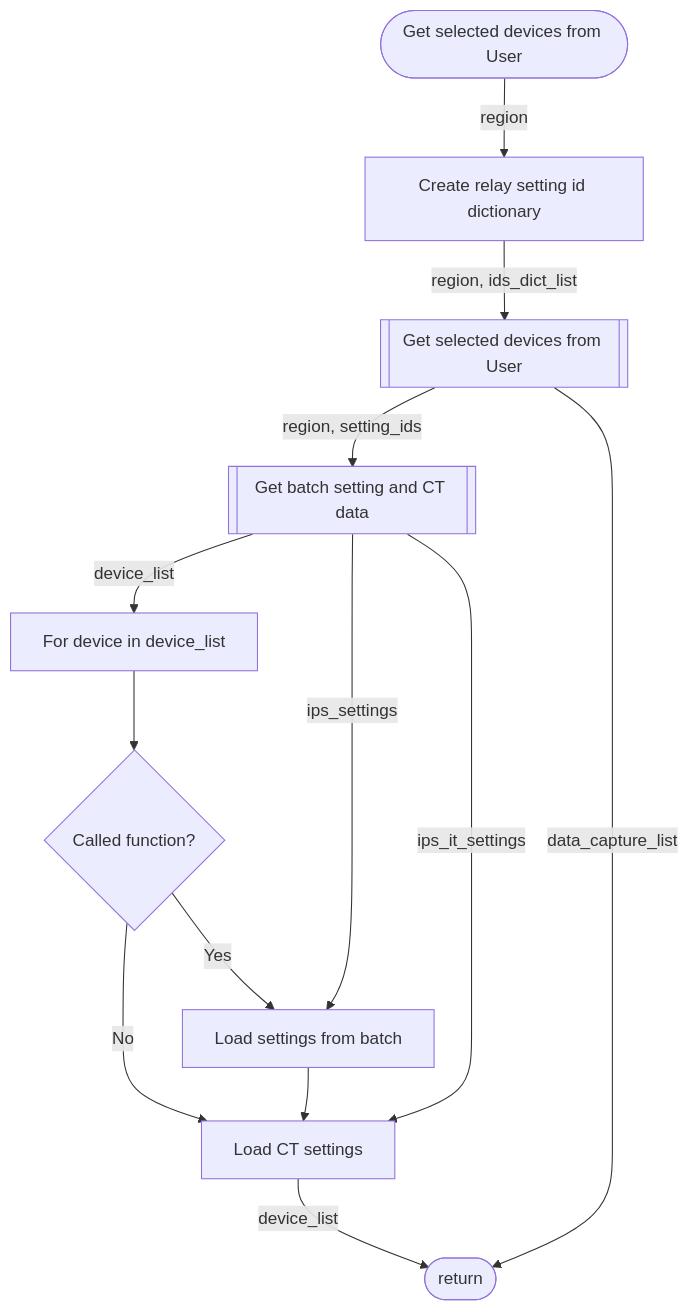
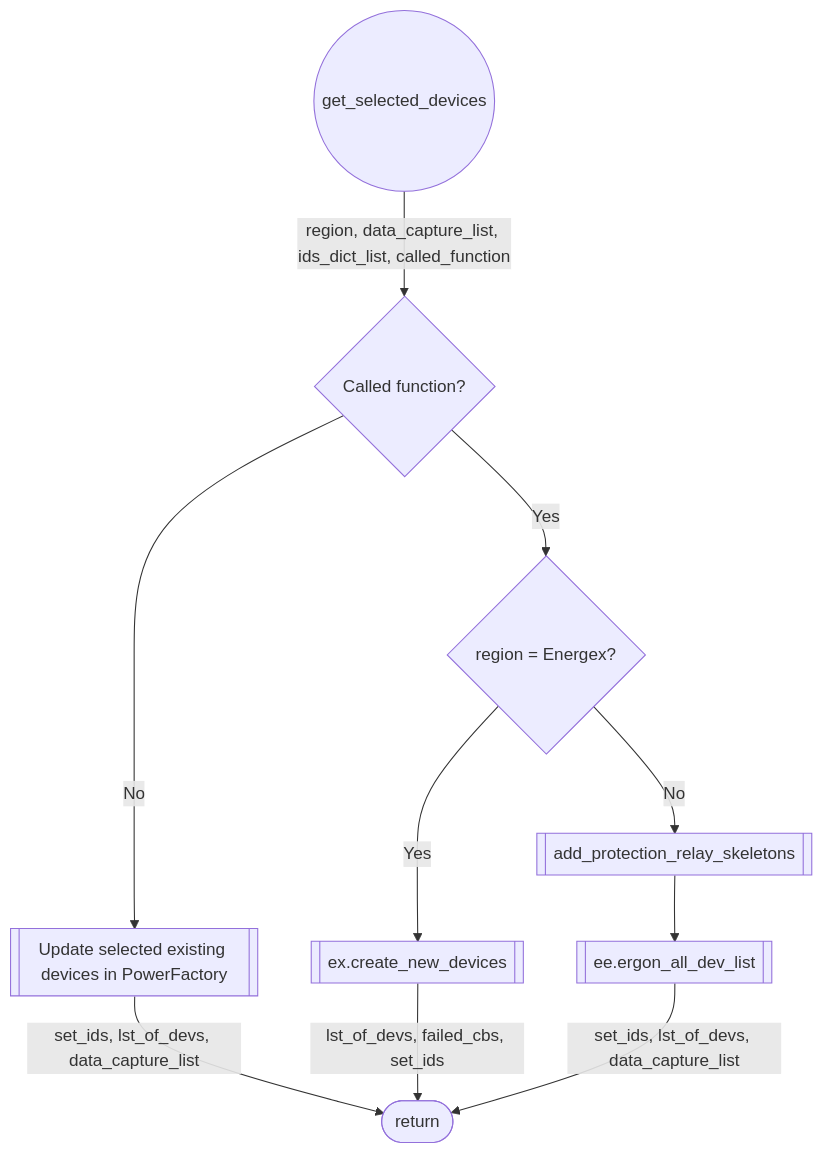
One commit to KeenSpirit/ips-to-pf changed the second of 3 diagrams in ips_data/ips_settings.md. Above: the diagram before and after it, drawn with Mermaid. The commit also changed other lines of this file and 13 other files, not shown here.

````diff
--- a/ips_data/ips_settings.md
+++ b/ips_data/ips_settings.md
@@ -19,15 +20,13 @@
 ```mermaid
 flowchart TD
-A([Get selected devices from User])-- region --> B[Create relay setting id dictionary]
-B-- region, ids_dict_list --> C[[Get selected devices from User]]
-C-- region, setting_ids --> D[[Get batch setting and CT data]]
-D--device_list --> E[For device in device_list]
-E--> F{Called function?}
-F -->|No| G[Load CT settings]
-F -->|Yes| H[Load settings from batch]
-H --> G
-G -- device_list --> I([return])
-D -- ips_it_settings --> G
-D -- ips_settings --> H
-C -- data_capture_list --> I([return])
+A@{ shape: circle, label: "get_selected_devices" } --region, data_capture_list, ids_dict_list, called_function--> B
+B{Called function?}
+B -->|No| C[[Update selected existing devices in PowerFactory]]
+B -->|Yes| D{region = Energex?}
+D -->|No| E[[add_protection_relay_skeletons]]
+D -->|Yes| F[[ex.create_new_devices]]
+E -->G[[ee.ergon_all_dev_list]]
+C -- set_ids, lst_of_devs, data_capture_list --> I([return])
+F -- lst_of_devs, failed_cbs, set_ids --> I([return])
+G -- set_ids, lst_of_devs, data_capture_list --> I([return])
 ```
````
